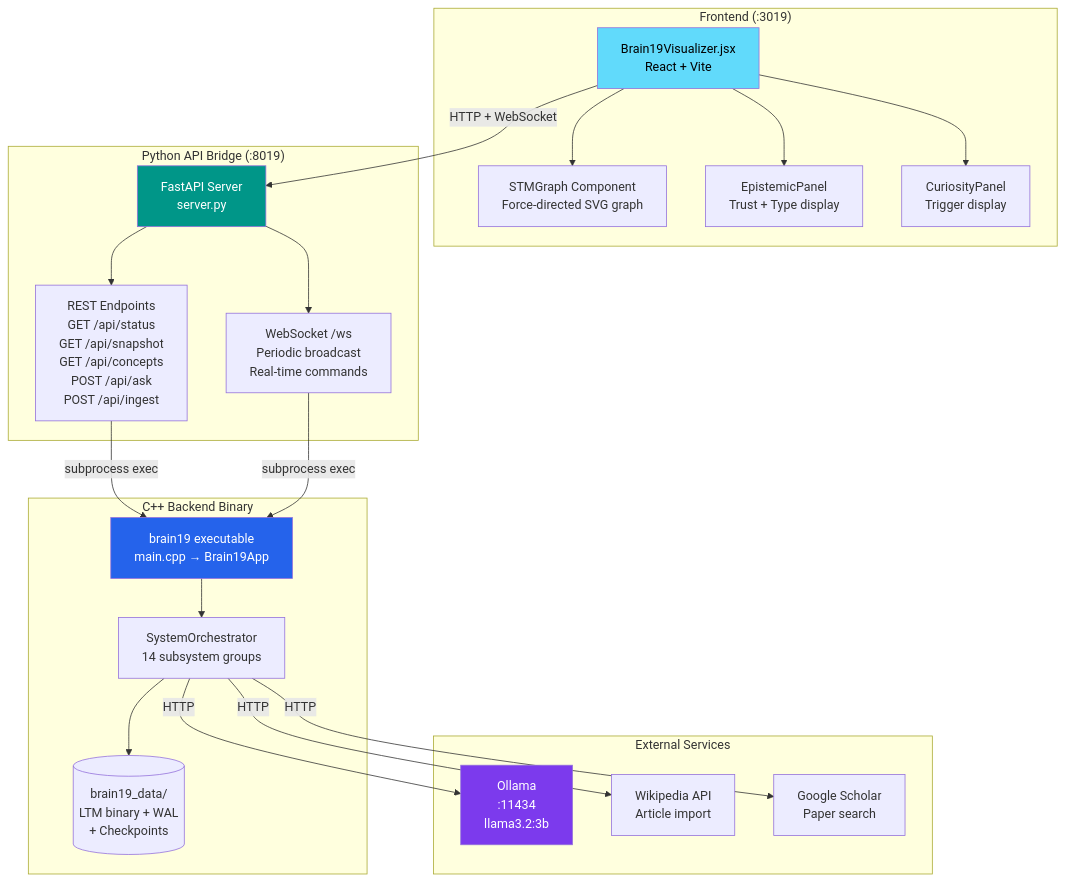
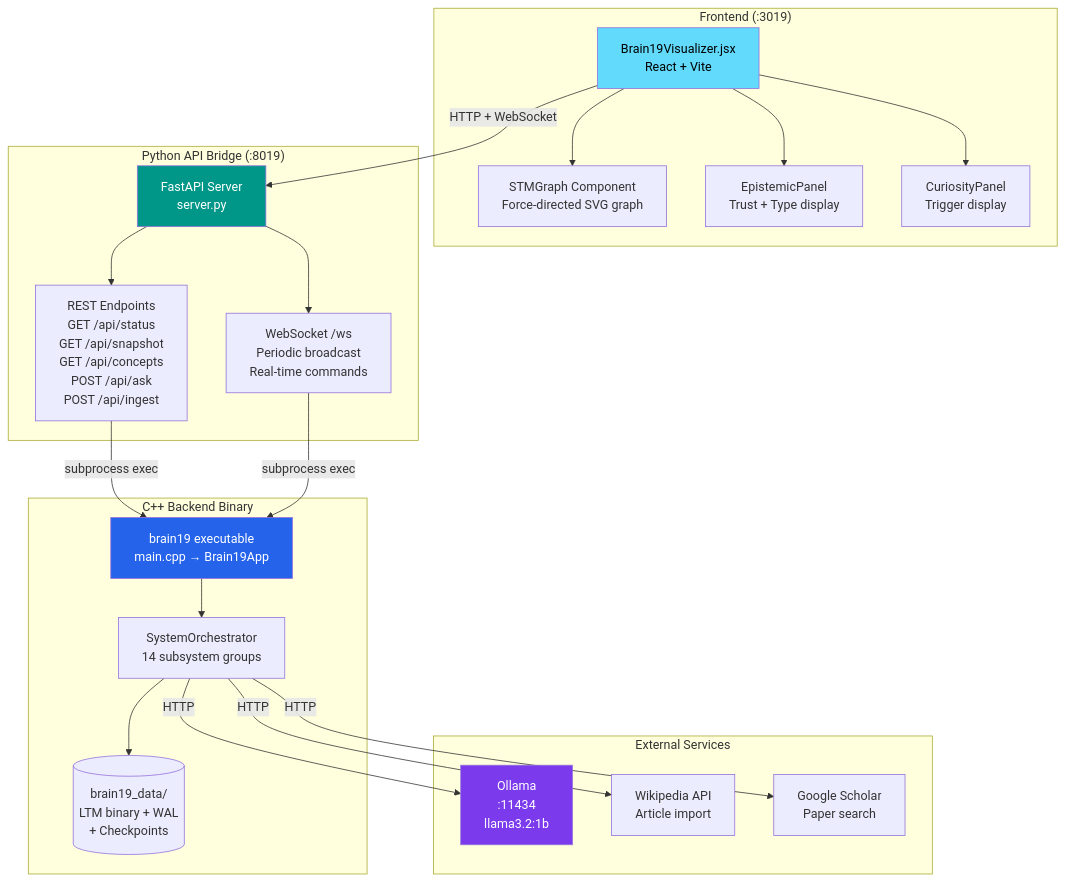
One commit to LtnNoob/Brain changed diagram 17 of 17 in docs/ARCHITECTURE_DIAGRAMS.md. Above: the diagram before and after it, drawn with Mermaid. The commit also changed 11 other files, not shown here.

````diff
--- a/docs/ARCHITECTURE_DIAGRAMS.md
+++ b/docs/ARCHITECTURE_DIAGRAMS.md
@@ -1173,46 +1173,46 @@
 ```mermaid
 flowchart TD
     subgraph Frontend["Frontend (:3019)"]
         VIZ[Brain19Visualizer.jsx<br/>React + Vite]
         STMGraph[STMGraph Component<br/>Force-directed SVG graph]
         EPPanel[EpistemicPanel<br/>Trust + Type display]
         CPanel[CuriosityPanel<br/>Trigger display]
     end
 
     subgraph API["Python API Bridge (:8019)"]
         FA[FastAPI Server<br/>server.py]
         REST["REST Endpoints<br/>GET /api/status<br/>GET /api/snapshot<br/>GET /api/concepts<br/>POST /api/ask<br/>POST /api/ingest"]
         WS["WebSocket /ws<br/>Periodic broadcast<br/>Real-time commands"]
     end
 
     subgraph Backend["C++ Backend Binary"]
         BIN[brain19 executable<br/>main.cpp → Brain19App]
         SO[SystemOrchestrator<br/>14 subsystem groups]
         DATA[(brain19_data/<br/>LTM binary + WAL<br/>+ Checkpoints)]
     end
 
     subgraph External["External Services"]
-        OLLAMA[Ollama<br/>:11434<br/>llama3.2:3b]
+        OLLAMA[Ollama<br/>:11434<br/>llama3.2:1b]
         WIKI[Wikipedia API<br/>Article import]
         SCHOLAR[Google Scholar<br/>Paper search]
     end
 
     VIZ --> STMGraph
     VIZ --> EPPanel
     VIZ --> CPanel
     VIZ -->|HTTP + WebSocket| FA
     FA --> REST
     FA --> WS
     REST -->|subprocess exec| BIN
     WS -->|subprocess exec| BIN
     BIN --> SO
     SO --> DATA
     SO -->|HTTP| OLLAMA
     SO -->|HTTP| WIKI
     SO -->|HTTP| SCHOLAR
 
     style VIZ fill:#61dafb,color:#000
     style FA fill:#009688,color:#fff
     style BIN fill:#2563eb,color:#fff
     style OLLAMA fill:#7c3aed,color:#fff
 ```
````
